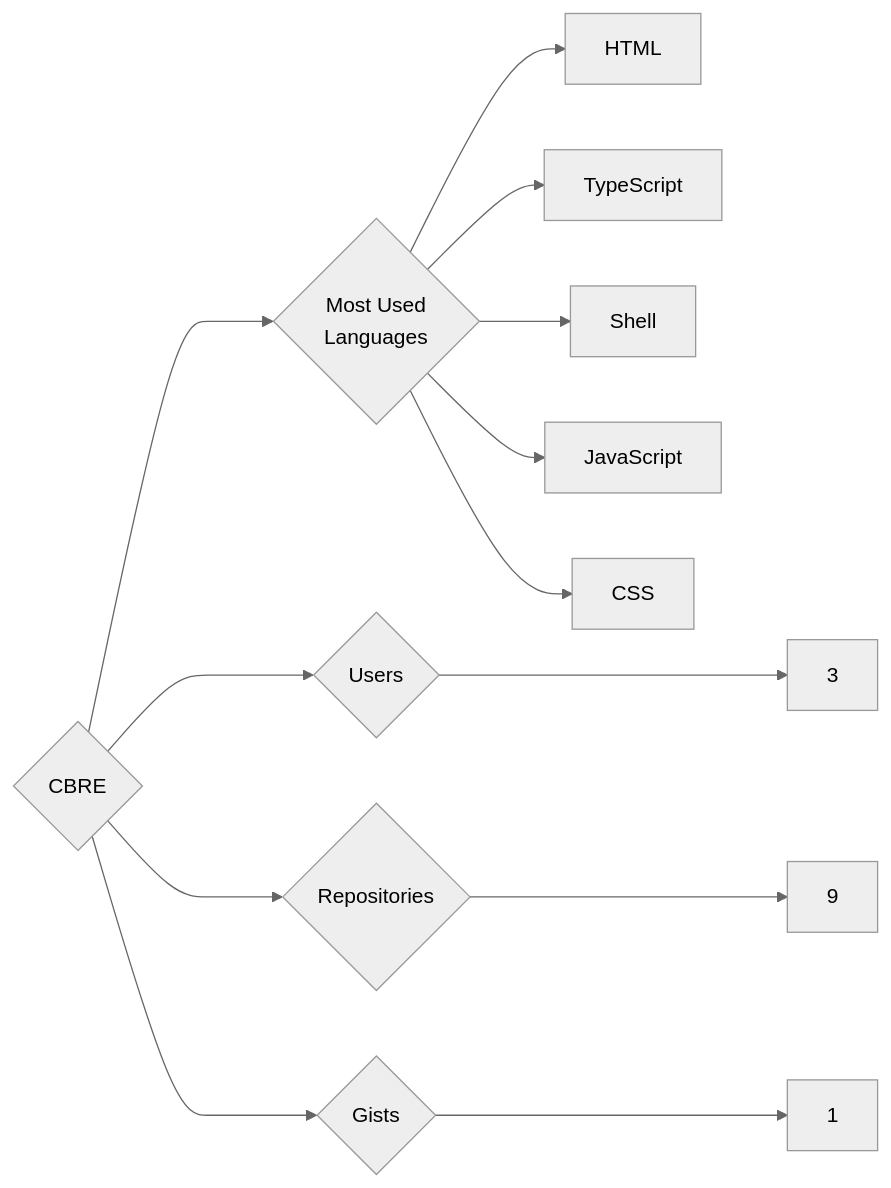
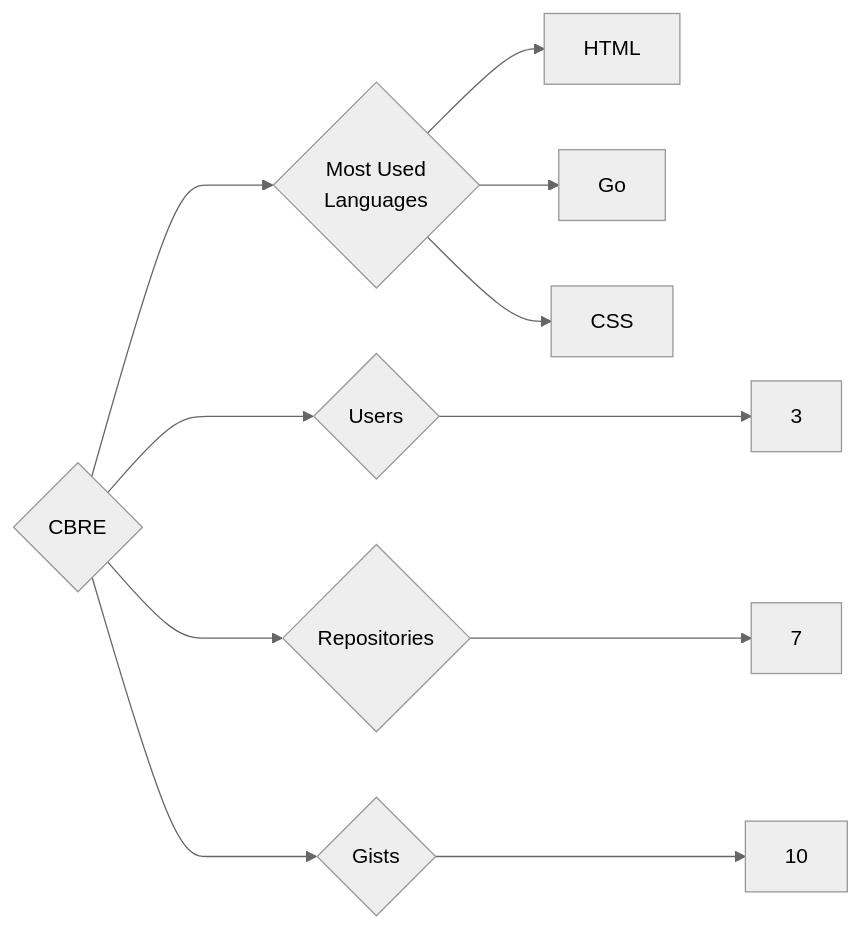
The diagram in targets/CBRE/README.md (trickest/insiders), drawn with Mermaid (neutral theme) before and after one commit. The commit also changed 1089 other files, not shown here.

````diff
--- a/targets/CBRE/README.md
+++ b/targets/CBRE/README.md
@@ -3,13 +3,11 @@
 ```mermaid
 graph LR
 COMPANY_NAME{CBRE}
 COMPANY_NAME ---> U{Users} ---> UN[3]
-COMPANY_NAME ---> R{Repositories} ---> RN[9]
-COMPANY_NAME ---> G{Gists} ---> GN[1]
+COMPANY_NAME ---> R{Repositories} ---> RN[7]
+COMPANY_NAME ---> G{Gists} ---> GN[10]
 COMPANY_NAME ---> ML{Most Used<br>Languages}
 ML --> HTML[HTML]
-ML --> TypeScript[TypeScript]
-ML --> Shell[Shell]
-ML --> JavaScript[JavaScript]
+ML --> Go[Go]
 ML --> CSS[CSS]
 ```
````
